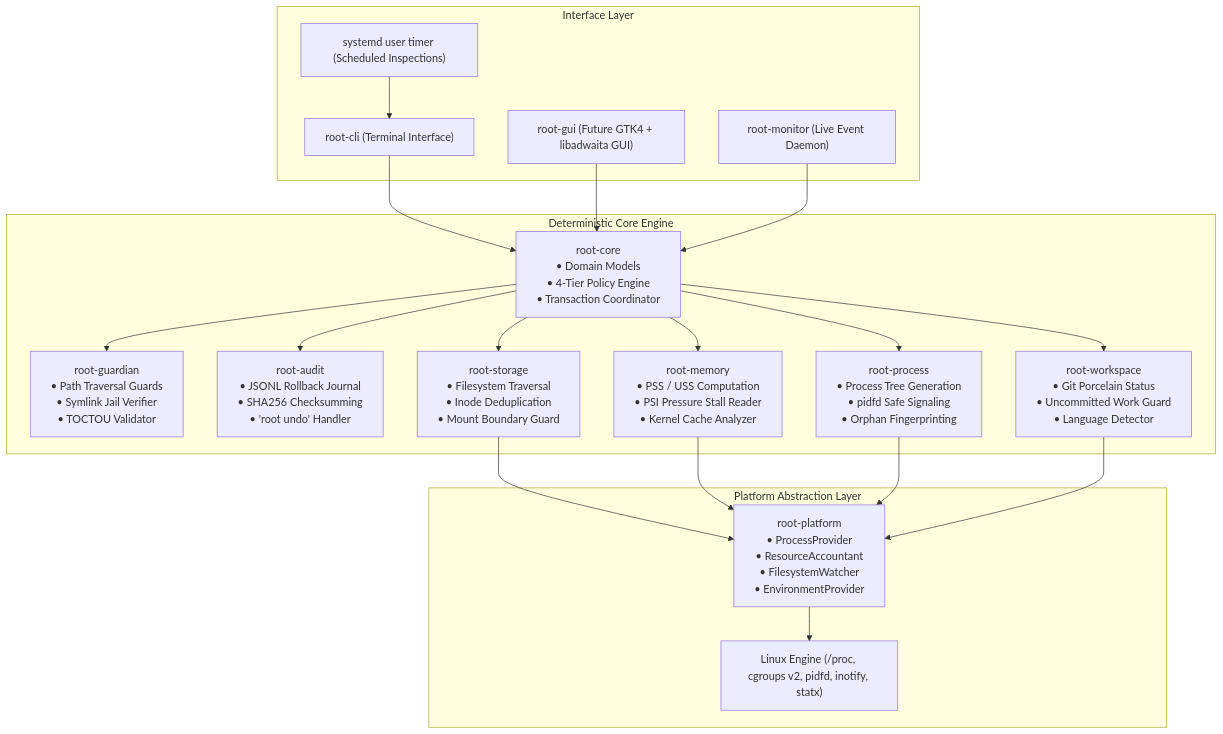
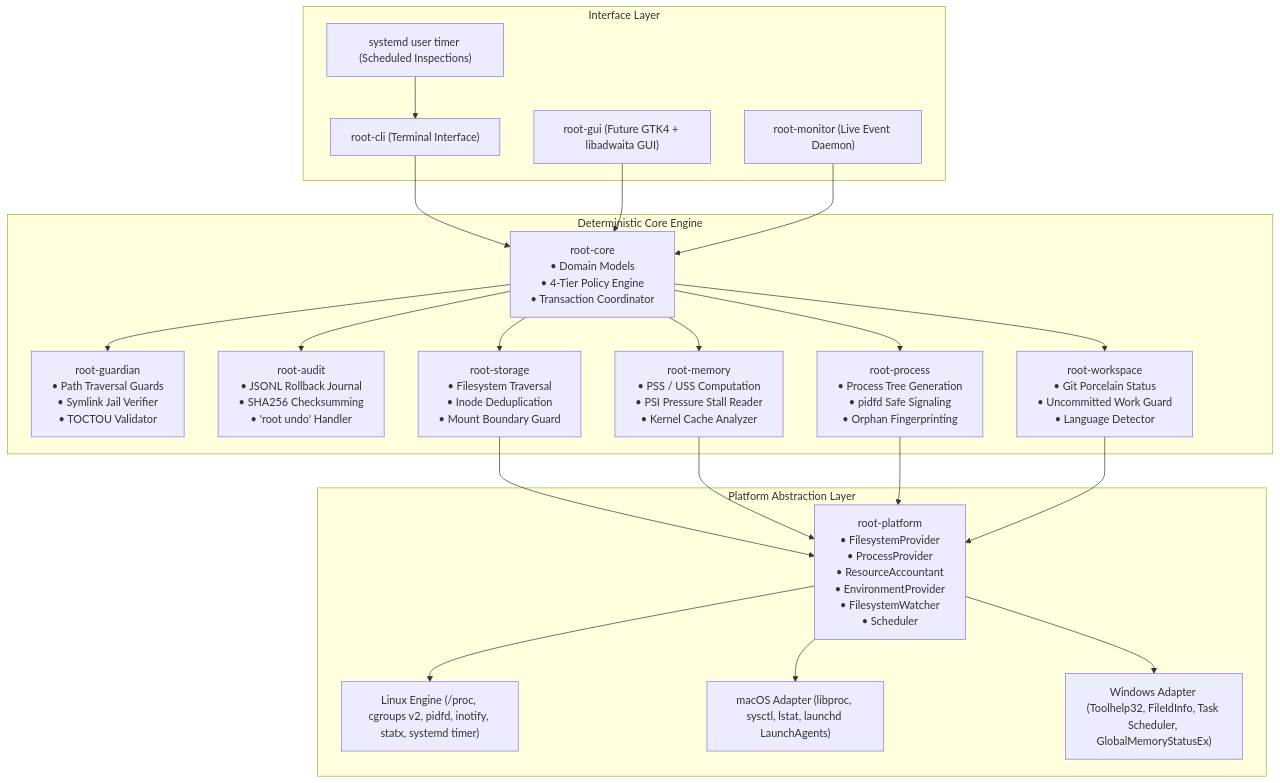
One commit to realmadede/Root changed the first of 8 diagrams in ARCHITECTURE.md. Above: the diagram before and after it, drawn with Mermaid. The commit also changed other lines of this file and 65 other files, not shown here.

First line of the commit message:
feat(platform): implement Phase 10 cross-platform engine for macOS and Windows

````diff
--- a/ARCHITECTURE.md
+++ b/ARCHITECTURE.md
@@ -7,42 +7,46 @@
 ```mermaid
 graph TD
     subgraph UI_Frontends["Interface Layer"]
         CLI["root-cli (Terminal Interface)"]
         GUI["root-gui (Future GTK4 + libadwaita GUI)"]
         Timer["systemd user timer (Scheduled Inspections)"]
         MonitorDaemon["root-monitor (Live Event Daemon)"]
     end
 
     subgraph CoreEngine["Deterministic Core Engine"]
         Core["root-core<br>• Domain Models<br>• 4-Tier Policy Engine<br>• Transaction Coordinator"]
         Guardian["root-guardian<br>• Path Traversal Guards<br>• Symlink Jail Verifier<br>• TOCTOU Validator"]
         Audit["root-audit<br>• JSONL Rollback Journal<br>• SHA256 Checksumming<br>• 'root undo' Handler"]
         Storage["root-storage<br>• Filesystem Traversal<br>• Inode Deduplication<br>• Mount Boundary Guard"]
         Memory["root-memory<br>• PSS / USS Computation<br>• PSI Pressure Stall Reader<br>• Kernel Cache Analyzer"]
         Process["root-process<br>• Process Tree Generation<br>• pidfd Safe Signaling<br>• Orphan Fingerprinting"]
         Workspace["root-workspace<br>• Git Porcelain Status<br>• Uncommitted Work Guard<br>• Language Detector"]
     end
 
     subgraph PlatformLayer["Platform Abstraction Layer"]
-        PlatformTraits["root-platform<br>• ProcessProvider<br>• ResourceAccountant<br>• FilesystemWatcher<br>• EnvironmentProvider"]
-        LinuxBackend["Linux Engine (/proc, cgroups v2, pidfd, inotify, statx)"]
+        PlatformTraits["root-platform<br>• FilesystemProvider<br>• ProcessProvider<br>• ResourceAccountant<br>• EnvironmentProvider<br>• FilesystemWatcher<br>• Scheduler"]
+        LinuxBackend["Linux Engine (/proc, cgroups v2, pidfd, inotify, statx, systemd timer)"]
+        MacBackend["macOS Adapter (libproc, sysctl, lstat, launchd LaunchAgents)"]
+        WinBackend["Windows Adapter (Toolhelp32, FileIdInfo, Task Scheduler, GlobalMemoryStatusEx)"]
     end
 
     CLI --> Core
     GUI --> Core
     Timer --> CLI
     MonitorDaemon --> Core
 
     Core --> Guardian
     Core --> Audit
     Core --> Storage
     Core --> Memory
     Core --> Process
     Core --> Workspace
 
     Storage --> PlatformTraits
     Memory --> PlatformTraits
     Process --> PlatformTraits
     Workspace --> PlatformTraits
     PlatformTraits --> LinuxBackend
+    PlatformTraits --> MacBackend
+    PlatformTraits --> WinBackend
 ```
````
